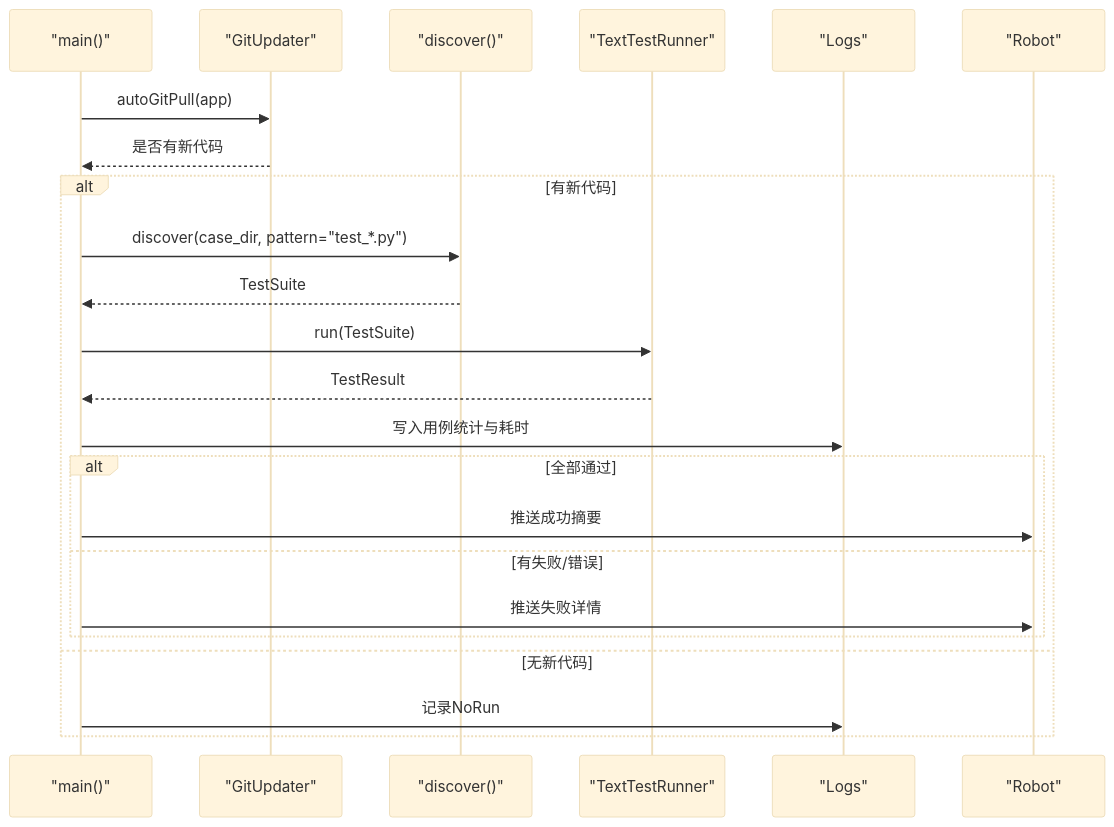
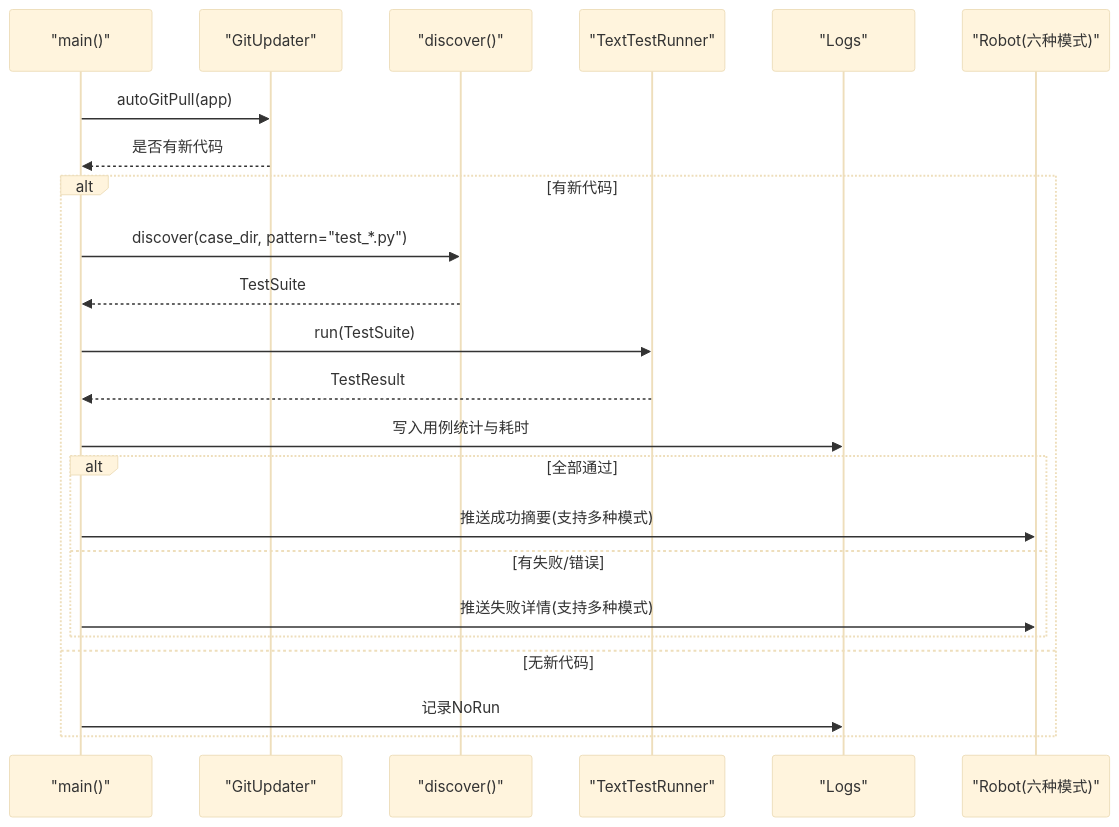
One commit to liximing1-ola/qa-payTest changed the sixth of 12 diagrams in .qoder/repowiki/zh/content/自动化与CI_CD.md. Above: the diagram before and after it, drawn with Mermaid (base theme). The commit also changed other lines of this file and 3 other files, not shown here.

````diff
--- a/.qoder/repowiki/zh/content/自动化与CI_CD.md
+++ b/.qoder/repowiki/zh/content/自动化与CI_CD.md
@@ -281,25 +295,25 @@
 ```mermaid
 sequenceDiagram
 participant Main as "main()"
 participant GitUpdater as "GitUpdater"
 participant Suite as "discover()"
 participant Runner as "TextTestRunner"
 participant Log as "Logs"
-participant Bot as "Robot"
+participant Bot as "Robot(六种模式)"
 Main->>GitUpdater : autoGitPull(app)
 GitUpdater-->>Main : 是否有新代码
 alt 有新代码
 Main->>Suite : discover(case_dir, pattern="test_*.py")
 Suite-->>Main : TestSuite
 Main->>Runner : run(TestSuite)
 Runner-->>Main : TestResult
 Main->>Log : 写入用例统计与耗时
 alt 全部通过
-Main->>Bot : 推送成功摘要
+Main->>Bot : 推送成功摘要(支持多种模式)
 else 有失败/错误
-Main->>Bot : 推送失败详情
+Main->>Bot : 推送失败详情(支持多种模式)
 end
 else 无新代码
 Main->>Log : 记录NoRun
 end
 ```
````
